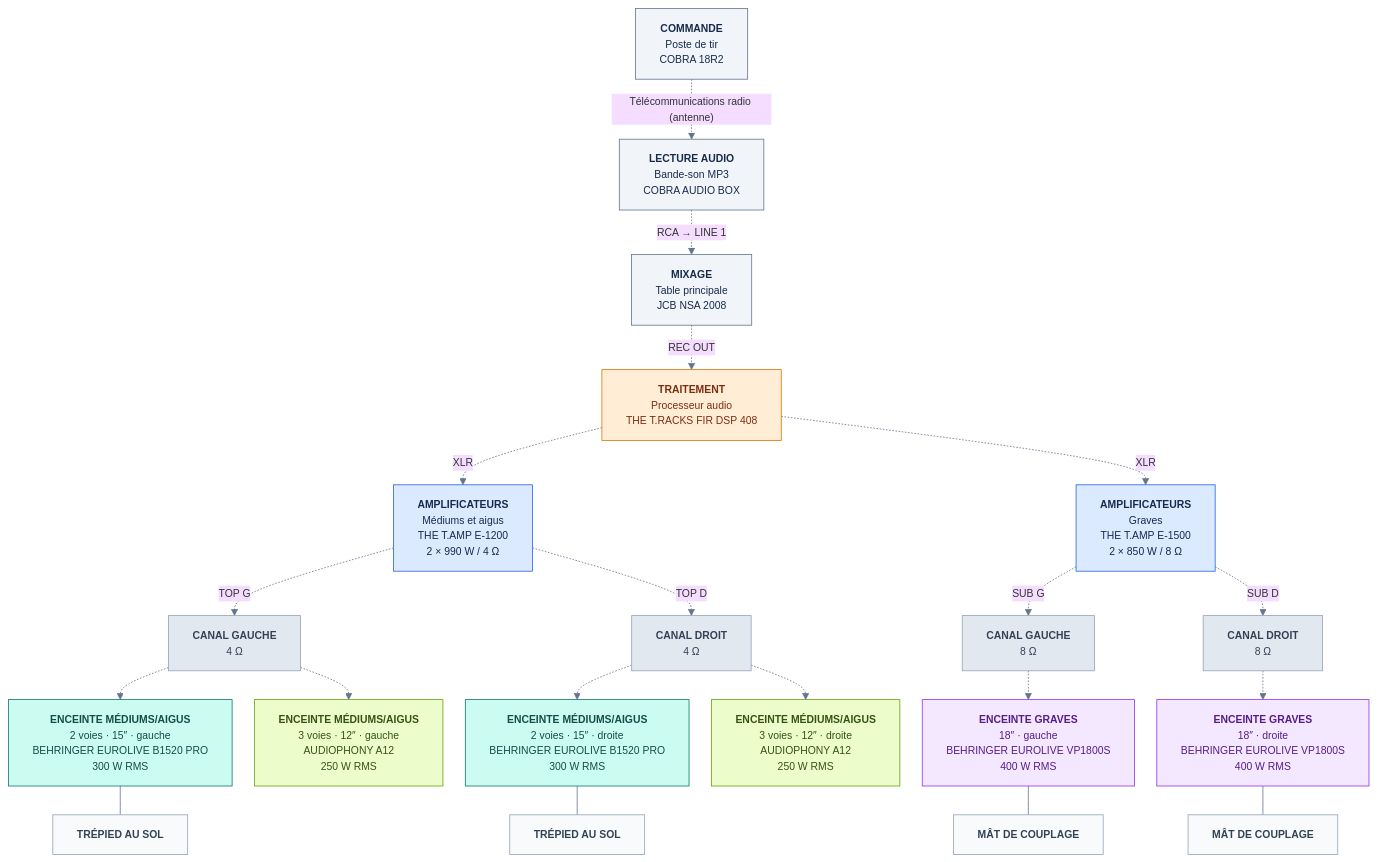
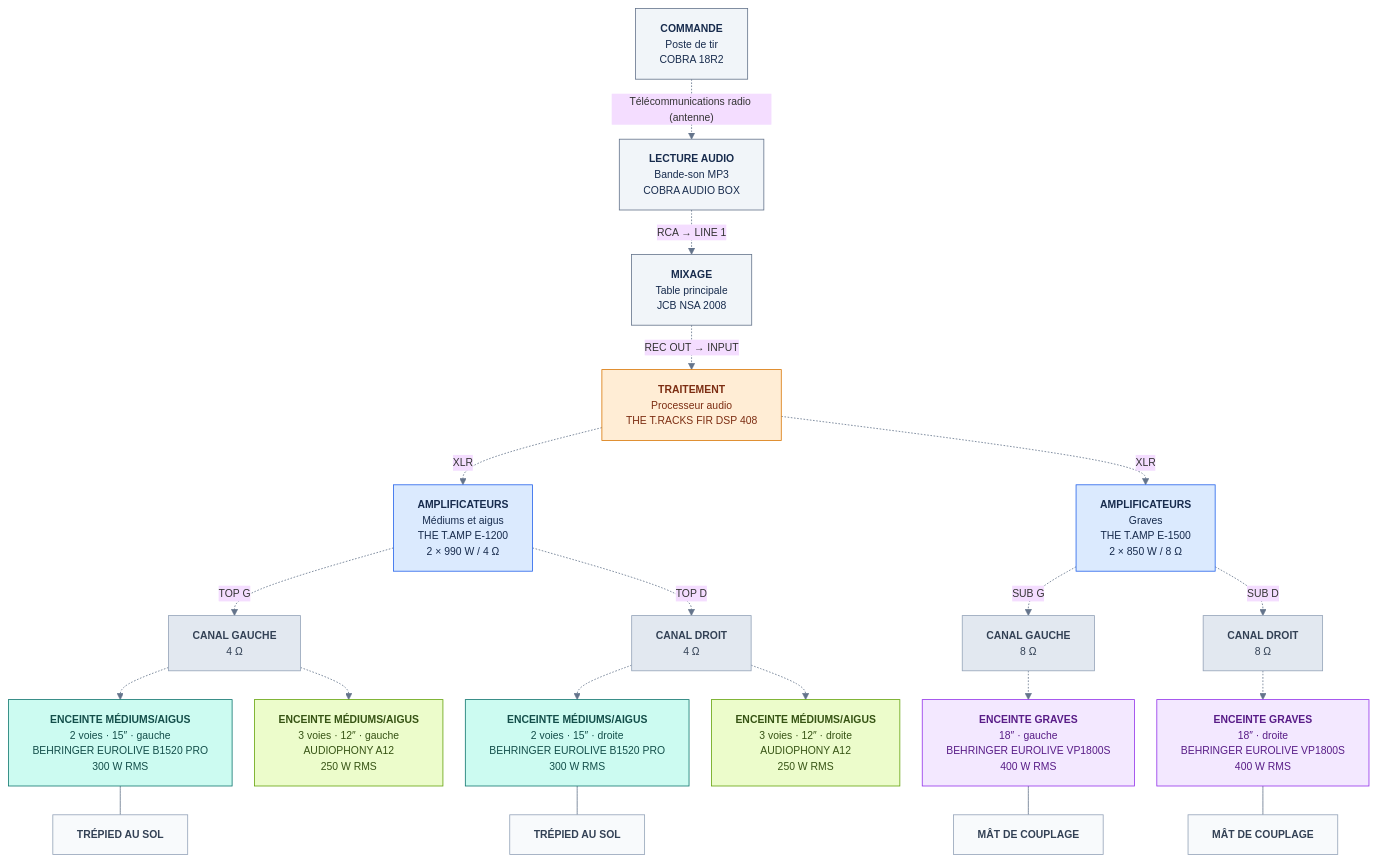
Before and after one commit to HAZIT-FR/PGE-SONO: the first of 3 diagrams in README.md, drawn with Mermaid.

Commit message:
docs: préciser l'entrée INPUT du processeur audio

```diff
--- a/README.md
+++ b/README.md
@@ -34,63 +34,63 @@
 ~~~mermaid
 %%{init: {"flowchart": {"nodeSpacing": 28, "rankSpacing": 36, "htmlLabels": true, "wrappingWidth": 320}, "theme": "base", "themeVariables": {"fontSize": "13px", "lineColor": "#64748b"}}}%%
 flowchart TB
   A["<b>COMMANDE</b><br/>Poste de tir<br/>COBRA 18R2"]
   B["<b>LECTURE AUDIO</b><br/>Bande-son MP3<br/>COBRA AUDIO BOX"]
   C["<b>MIXAGE</b><br/>Table principale<br/>JCB NSA 2008"]
   D["<b>TRAITEMENT</b><br/>Processeur audio<br/>THE T.RACKS FIR DSP 408"]
   E["<b>AMPLIFICATEURS</b><br/>Médiums et aigus<br/>THE T.AMP E-1200<br/>2 × 990 W / 4 Ω"]
   F["<b>AMPLIFICATEURS</b><br/>Graves<br/>THE T.AMP E-1500<br/>2 × 850 W / 8 Ω"]
   LG["<b>CANAL GAUCHE</b><br/>4 Ω"]
   LD["<b>CANAL DROIT</b><br/>4 Ω"]
   FG["<b>CANAL GAUCHE</b><br/>8 Ω"]
   FD["<b>CANAL DROIT</b><br/>8 Ω"]
   BG["<b>ENCEINTE MÉDIUMS/AIGUS</b><br/>2 voies · 15″ · gauche<br/>BEHRINGER EUROLIVE B1520 PRO<br/>300 W RMS"]
   BD["<b>ENCEINTE MÉDIUMS/AIGUS</b><br/>2 voies · 15″ · droite<br/>BEHRINGER EUROLIVE B1520 PRO<br/>300 W RMS"]
   AG["<b>ENCEINTE MÉDIUMS/AIGUS</b><br/>3 voies · 12″ · gauche<br/>AUDIOPHONY A12<br/>250 W RMS"]
   AD["<b>ENCEINTE MÉDIUMS/AIGUS</b><br/>3 voies · 12″ · droite<br/>AUDIOPHONY A12<br/>250 W RMS"]
   SG["<b>ENCEINTE GRAVES</b><br/>18″ · gauche<br/>BEHRINGER EUROLIVE VP1800S<br/>400 W RMS"]
   SD["<b>ENCEINTE GRAVES</b><br/>18″ · droite<br/>BEHRINGER EUROLIVE VP1800S<br/>400 W RMS"]
 
   TG["<b>TRÉPIED AU SOL</b>"]
   TD["<b>TRÉPIED AU SOL</b>"]
   MG["<b>MÂT DE COUPLAGE</b>"]
   MD["<b>MÂT DE COUPLAGE</b>"]
 
   A -. "Télécommunications radio (antenne)" .-> B
   B -. "RCA → LINE 1" .-> C
-  C -. "REC OUT" .-> D
+  C -. "REC OUT → INPUT" .-> D
   D -. "XLR" .-> E
   D -. "XLR" .-> F
   E -. "TOP G" .-> LG
   E -. "TOP D" .-> LD
   F -. "SUB G" .-> FG
   F -. "SUB D" .-> FD
   LG -.-> BG
   LG -.-> AG
   LD -.-> BD
   LD -.-> AD
   FG -.-> SG
   FD -.-> SD
 
   BG --- TG
   BD --- TD
   SG --- MG
   SD --- MD
 
   classDef commande fill:#f1f5f9,stroke:#64748b,color:#172b4d;
   classDef processeur fill:#ffedd5,stroke:#d97706,color:#7c2d12;
   classDef amplis fill:#dbeafe,stroke:#2563eb,color:#172b4d;
   classDef canaux fill:#e2e8f0,stroke:#94a3b8,color:#334155;
   classDef principales fill:#ccfbf1,stroke:#0f766e,color:#134e4a;
   classDef appoint fill:#ecfccb,stroke:#65a30d,color:#365314;
   classDef basses fill:#f3e8ff,stroke:#9333ea,color:#581c87;
   classDef support fill:#f8fafc,stroke:#94a3b8,color:#334155;
   class A,B,C commande;
   class D processeur;
   class E,F amplis;
   class LG,LD,FG,FD canaux;
   class BG,BD principales;
   class AG,AD appoint;
   class SG,SD basses;
   class TG,TD,MG,MD support;
 ~~~
```
